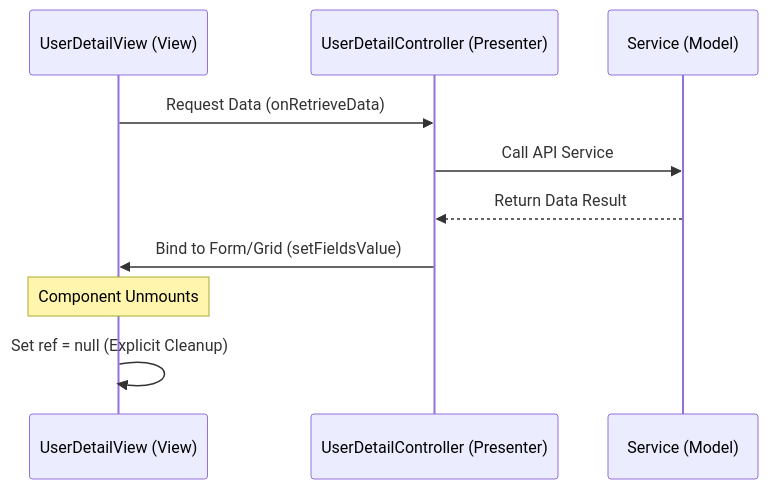
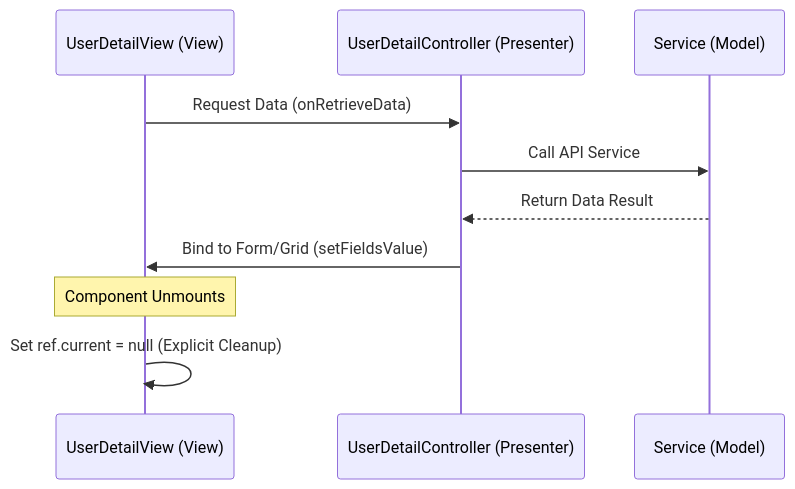
One commit to dracial6/fontos-frontend-guide-asset changed the third of 4 diagrams in README.md. Above: the diagram before and after it, drawn with Mermaid. The commit also changed other lines of this file, not shown here.

````diff
--- a/README.md
+++ b/README.md
@@ -4714,13 +4722,13 @@
 ```mermaid
 sequenceDiagram
     participant V as UserDetailView (View)
     participant C as UserDetailController (Presenter)
     participant S as Service (Model)
 
     V->>C: Request Data (onRetrieveData)
     C->>S: Call API Service
     S-->>C: Return Data Result
     C->>V: Bind to Form/Grid (setFieldsValue)
     Note over V: Component Unmounts
-    V->>V: Set ref = null (Explicit Cleanup)
+    V->>V: Set ref.current = null (Explicit Cleanup)
 ```
````
